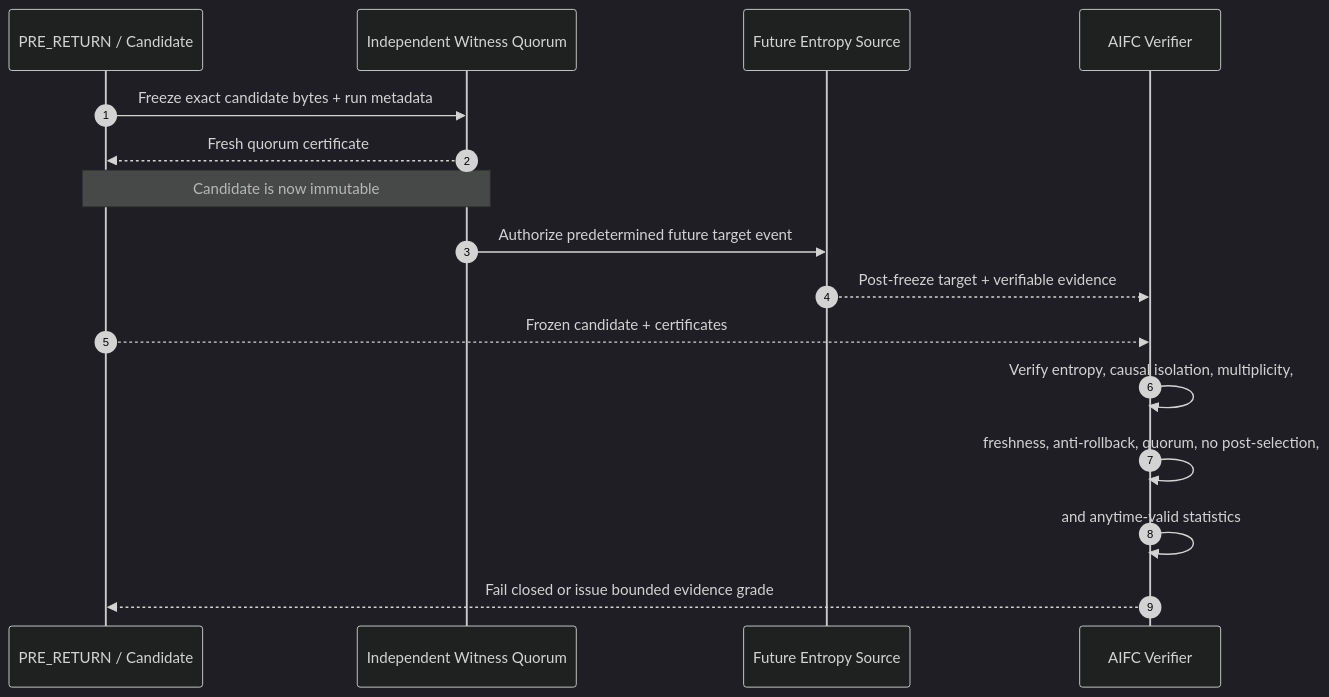
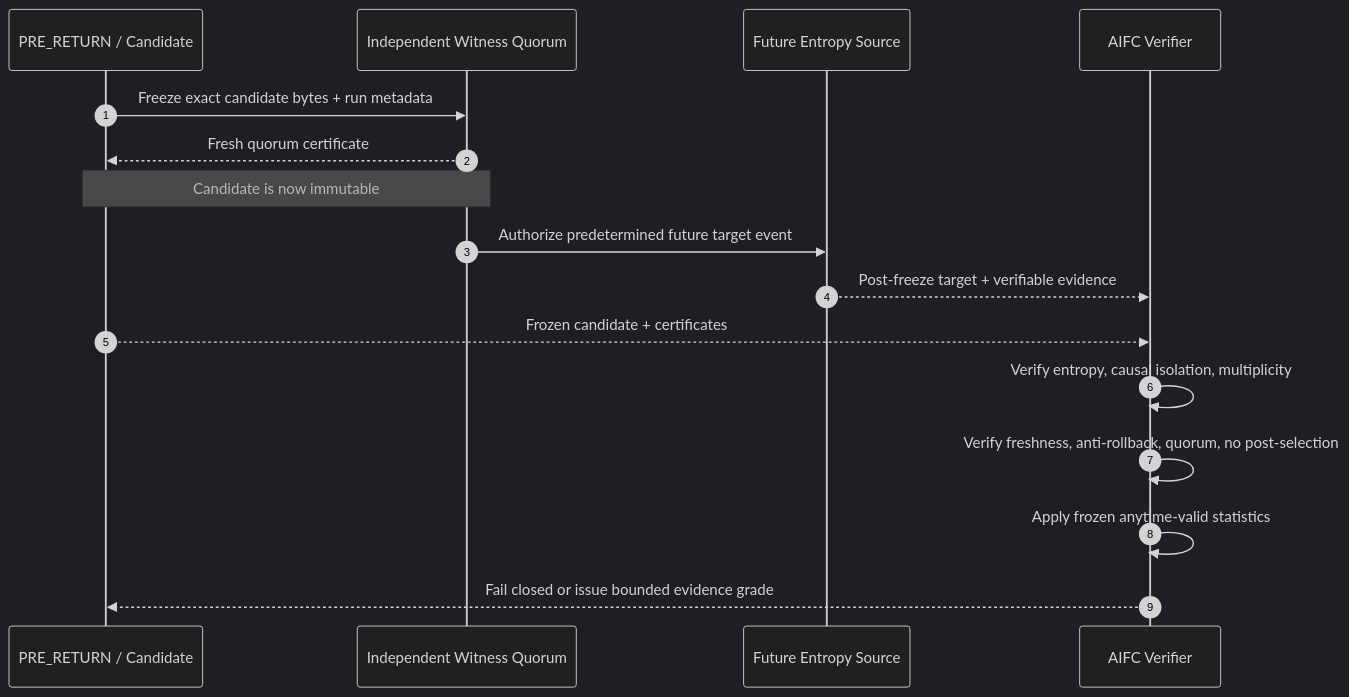
One commit to Hawkar-usls/AIFC changed the diagram in README.md. Above: the diagram before and after it, drawn with Mermaid (dark theme). The commit also changed other lines of this file, not shown here.

````diff
--- a/README.md
+++ b/README.md
@@ -37,19 +37,19 @@
 ```mermaid
 sequenceDiagram
     autonumber
     participant R as PRE_RETURN / Candidate
     participant W as Independent Witness Quorum
     participant E as Future Entropy Source
     participant V as AIFC Verifier
 
     R->>W: Freeze exact candidate bytes + run metadata
     W-->>R: Fresh quorum certificate
     Note over R,W: Candidate is now immutable
     W->>E: Authorize predetermined future target event
     E-->>V: Post-freeze target + verifiable evidence
     R-->>V: Frozen candidate + certificates
-    V->>V: Verify entropy, causal isolation, multiplicity,
-    V->>V: freshness, anti-rollback, quorum, no post-selection,
-    V->>V: and anytime-valid statistics
+    V->>V: Verify entropy, causal isolation, multiplicity
+    V->>V: Verify freshness, anti-rollback, quorum, no post-selection
+    V->>V: Apply frozen anytime-valid statistics
     V-->>R: Fail closed or issue bounded evidence grade
 ```
````
